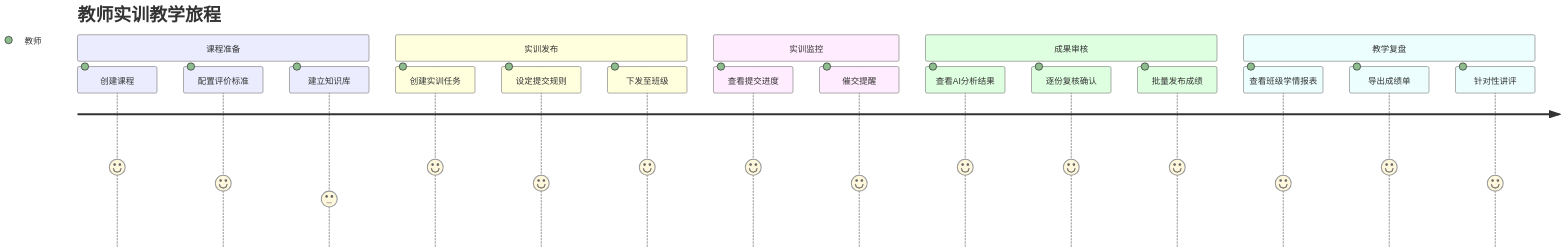
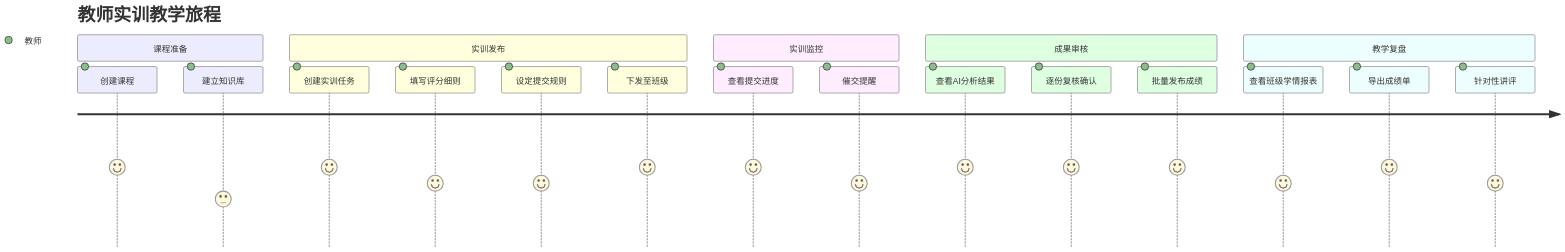
The first of 5 diagrams in docs/01-PRD.md (sunq821-byte/B1-platform), drawn with Mermaid before and after one commit. The commit also changed other lines of this file and 4 other files, not shown here.

````diff
--- a/docs/01-PRD.md
+++ b/docs/01-PRD.md
@@ -181,23 +184,23 @@
 ```mermaid
 journey
     title 教师实训教学旅程
     section 课程准备
       创建课程: 5: 教师
-      配置评价标准: 4: 教师
       建立知识库: 3: 教师
     section 实训发布
       创建实训任务: 5: 教师
+      填写评分细则: 4: 教师
       设定提交规则: 4: 教师
       下发至班级: 5: 教师
     section 实训监控
       查看提交进度: 5: 教师
       催交提醒: 4: 教师
     section 成果审核
       查看AI分析结果: 5: 教师
       逐份复核确认: 5: 教师
       批量发布成绩: 5: 教师
     section 教学复盘
       查看班级学情报表: 4: 教师
       导出成绩单: 5: 教师
       针对性讲评: 4: 教师
 ```
````
